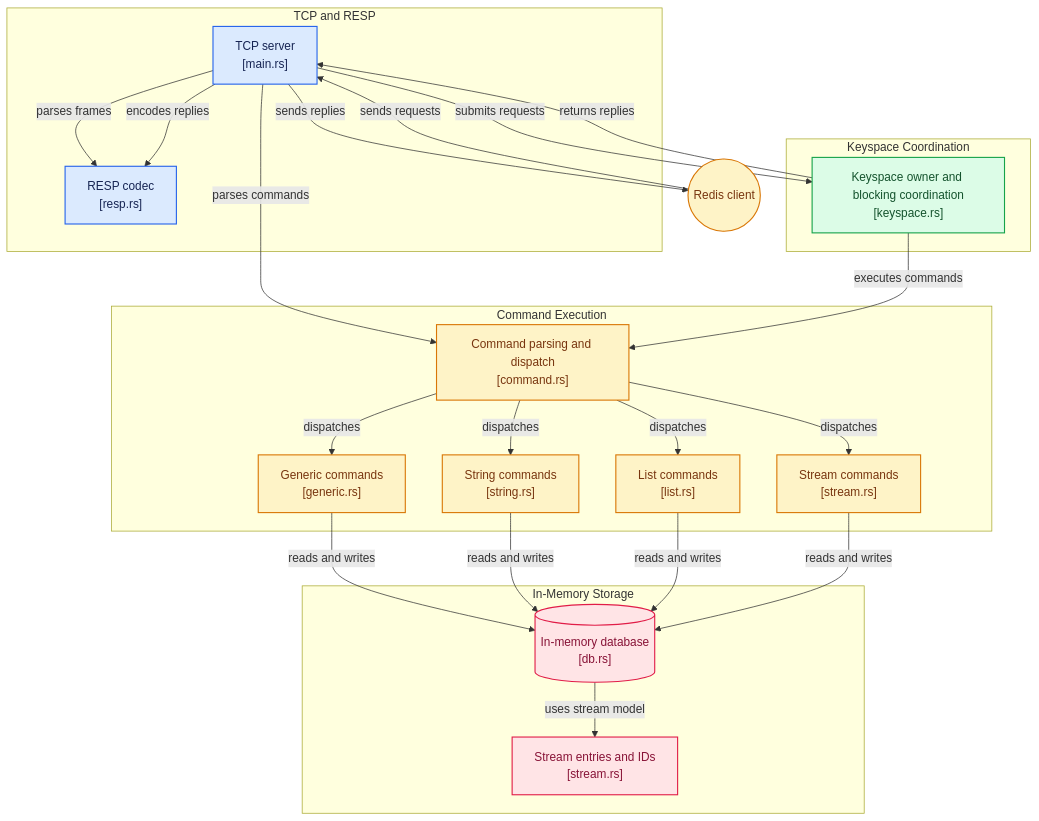
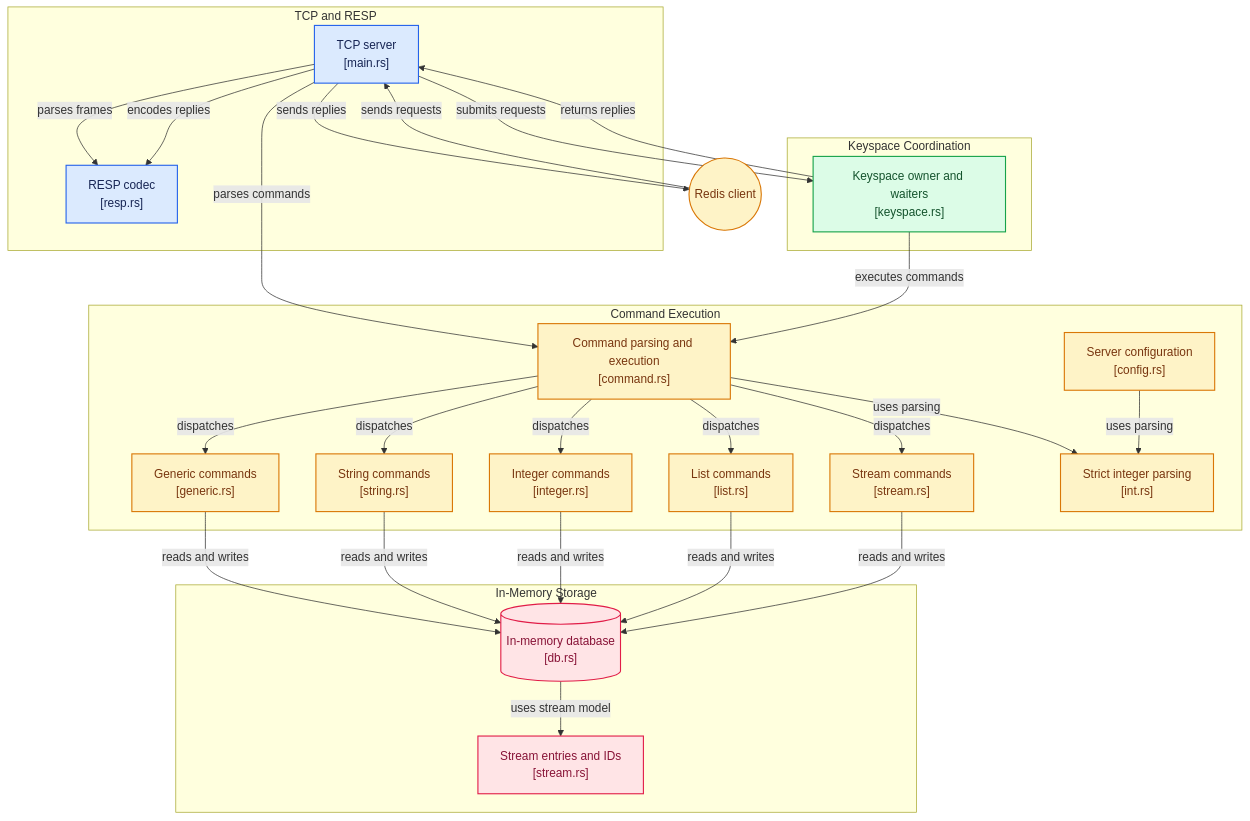
One commit to sdevanathan96/rusty-redis changed the diagram in README.md. Above: the diagram before and after it, drawn with Mermaid. The commit also changed other lines of this file, not shown here.

Commit message:
Update the README: diagram, testing, benchmark results

````diff
--- a/README.md
+++ b/README.md
@@ -64,68 +108,79 @@
 ```mermaid
+%% Generated by https://gitdiagram.com/sdevanathan96/rusty-redis
 flowchart TD
 
-subgraph group_network["TCP and RESP"]
+subgraph group_transport["TCP and RESP"]
   node_server["TCP server<br/>[main.rs]"]
   node_resp["RESP codec<br/>[resp.rs]"]
 end
 
-subgraph group_commands["Command Execution"]
-  node_command["Command parsing and dispatch<br/>[command.rs]"]
+subgraph group_execution["Command Execution"]
+  node_command["Command parsing and execution<br/>[command.rs]"]
   node_generic["Generic commands<br/>[generic.rs]"]
   node_strings["String commands<br/>[string.rs]"]
+  node_integers["Integer commands<br/>[integer.rs]"]
   node_lists["List commands<br/>[list.rs]"]
   node_streams["Stream commands<br/>[stream.rs]"]
+  node_config["Server configuration<br/>[config.rs]"]
+  node_integerparse["Strict integer parsing<br/>[int.rs]"]
 end
 
-subgraph group_keyspace["Keyspace Coordination"]
-  node_keyspace_task["Keyspace owner and blocking coordination<br/>[keyspace.rs]"]
+subgraph group_coordination["Keyspace Coordination"]
+  node_keyspace["Keyspace owner and waiters<br/>[keyspace.rs]"]
 end
 
 subgraph group_storage["In-Memory Storage"]
   node_db[("In-memory database<br/>[db.rs]")]
-  node_stream_model["Stream entries and IDs<br/>[stream.rs]"]
+  node_streammodel["Stream entries and IDs<br/>[stream.rs]"]
 end
 
 node_client(("Redis client"))
 
 node_client -->|"sends requests"| node_server
 node_server -->|"parses frames"| node_resp
 node_server -->|"parses commands"| node_command
-node_server -->|"submits requests"| node_keyspace_task
-node_keyspace_task -->|"executes commands"| node_command
+node_server -->|"submits requests"| node_keyspace
+node_keyspace -->|"executes commands"| node_command
 node_command -->|"dispatches"| node_generic
 node_command -->|"dispatches"| node_strings
+node_command -->|"dispatches"| node_integers
 node_command -->|"dispatches"| node_lists
 node_command -->|"dispatches"| node_streams
 node_generic -->|"reads and writes"| node_db
 node_strings -->|"reads and writes"| node_db
+node_integers -->|"reads and writes"| node_db
 node_lists -->|"reads and writes"| node_db
 node_streams -->|"reads and writes"| node_db
-node_db -->|"uses stream model"| node_stream_model
+node_db -->|"uses stream model"| node_streammodel
+node_command -->|"uses parsing"| node_integerparse
+node_config -->|"uses parsing"| node_integerparse
 node_server -->|"encodes replies"| node_resp
-node_keyspace_task -->|"returns replies"| node_server
+node_keyspace -->|"returns replies"| node_server
 node_server -->|"sends replies"| node_client
 
 click node_server "https://github.com/sdevanathan96/rusty-redis/blob/main/src/main.rs"
 click node_resp "https://github.com/sdevanathan96/rusty-redis/blob/main/src/resp.rs"
 click node_command "https://github.com/sdevanathan96/rusty-redis/blob/main/src/command.rs"
 click node_generic "https://github.com/sdevanathan96/rusty-redis/blob/main/src/command/generic.rs"
 click node_strings "https://github.com/sdevanathan96/rusty-redis/blob/main/src/command/string.rs"
+click node_integers "https://github.com/sdevanathan96/rusty-redis/blob/main/src/command/integer.rs"
 click node_lists "https://github.com/sdevanathan96/rusty-redis/blob/main/src/command/list.rs"
 click node_streams "https://github.com/sdevanathan96/rusty-redis/blob/main/src/command/stream.rs"
-click node_keyspace_task "https://github.com/sdevanathan96/rusty-redis/blob/main/src/keyspace.rs"
+click node_keyspace "https://github.com/sdevanathan96/rusty-redis/blob/main/src/keyspace.rs"
 click node_db "https://github.com/sdevanathan96/rusty-redis/blob/main/src/db.rs"
-click node_stream_model "https://github.com/sdevanathan96/rusty-redis/blob/main/src/db/stream.rs"
+click node_streammodel "https://github.com/sdevanathan96/rusty-redis/blob/main/src/db/stream.rs"
+click node_config "https://github.com/sdevanathan96/rusty-redis/blob/main/src/config.rs"
+click node_integerparse "https://github.com/sdevanathan96/rusty-redis/blob/main/src/int.rs"
 
 classDef toneNeutral fill:#f8fafc,stroke:#334155,stroke-width:1.5px,color:#0f172a
 classDef toneBlue fill:#dbeafe,stroke:#2563eb,stroke-width:1.5px,color:#172554
 classDef toneAmber fill:#fef3c7,stroke:#d97706,stroke-width:1.5px,color:#78350f
 classDef toneMint fill:#dcfce7,stroke:#16a34a,stroke-width:1.5px,color:#14532d
 classDef toneRose fill:#ffe4e6,stroke:#e11d48,stroke-width:1.5px,color:#881337
 classDef toneIndigo fill:#e0e7ff,stroke:#4f46e5,stroke-width:1.5px,color:#312e81
 classDef toneTeal fill:#ccfbf1,stroke:#0f766e,stroke-width:1.5px,color:#134e4a
 class node_server,node_resp toneBlue
-class node_command,node_generic,node_strings,node_lists,node_streams,node_client toneAmber
-class node_keyspace_task toneMint
-class node_db,node_stream_model toneRose
+class node_command,node_generic,node_strings,node_integers,node_lists,node_streams,node_config,node_integerparse,node_client toneAmber
+class node_keyspace toneMint
+class node_db,node_streammodel toneRose
 ```
````
